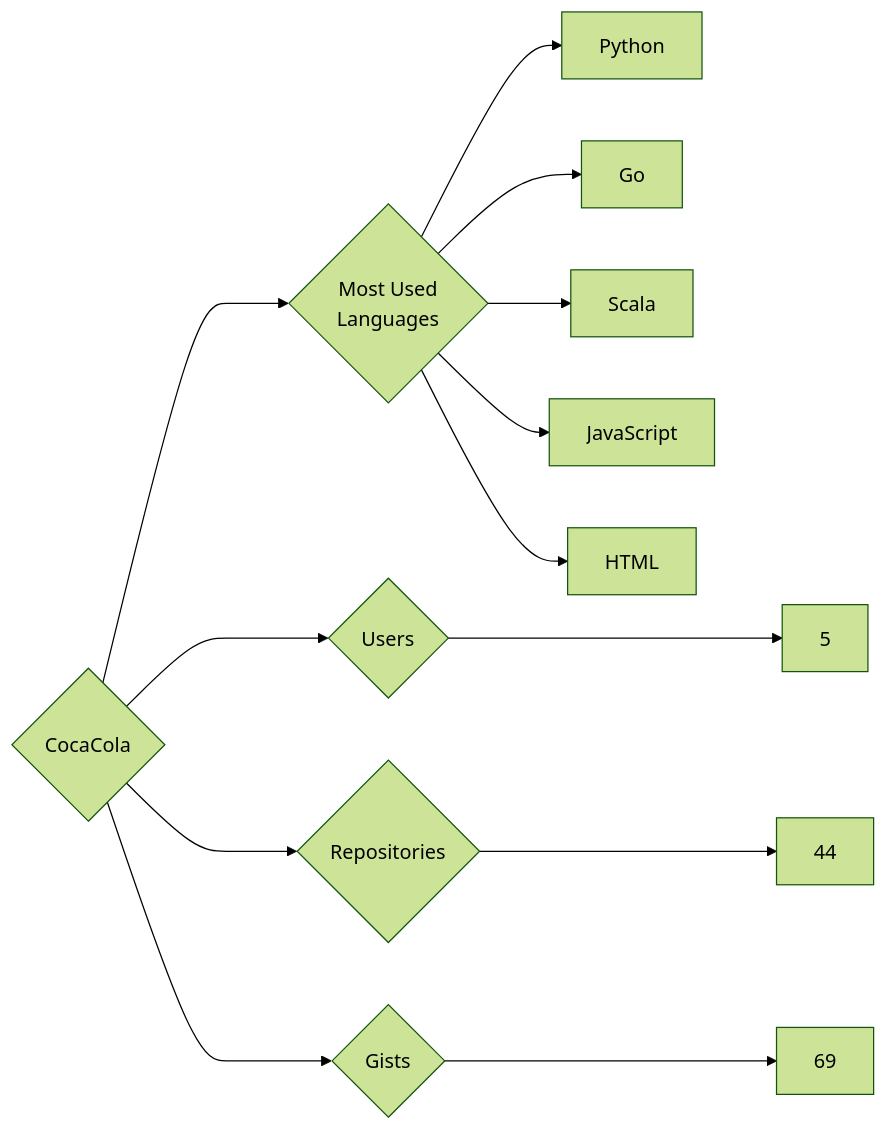
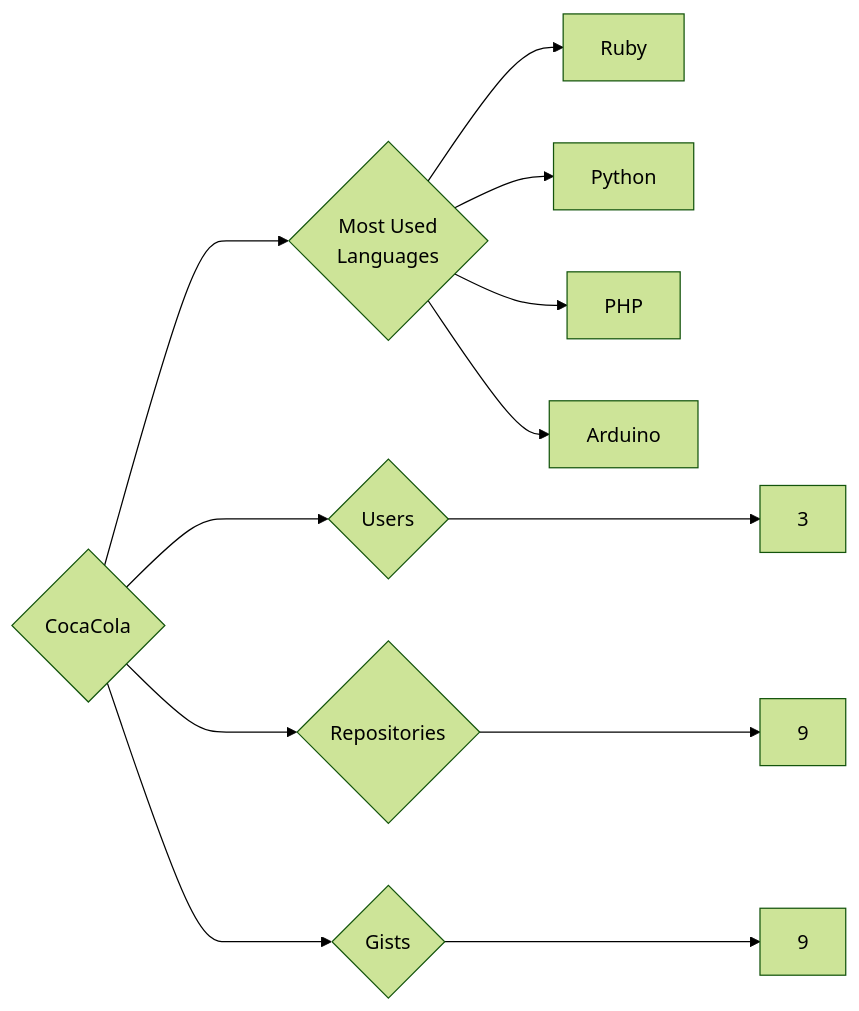
One commit to trickest/insiders changed the diagram in targets/CocaCola/README.md. Above: the diagram before and after it, drawn with Mermaid (forest theme). The commit also changed 1030 other files, not shown here.

````diff
--- a/targets/CocaCola/README.md
+++ b/targets/CocaCola/README.md
@@ -3,13 +3,12 @@
 ```mermaid
 graph LR
 COMPANY_NAME{CocaCola}
-COMPANY_NAME ---> U{Users} ---> UN[5]
-COMPANY_NAME ---> R{Repositories} ---> RN[44]
-COMPANY_NAME ---> G{Gists} ---> GN[69]
+COMPANY_NAME ---> U{Users} ---> UN[3]
+COMPANY_NAME ---> R{Repositories} ---> RN[9]
+COMPANY_NAME ---> G{Gists} ---> GN[9]
 COMPANY_NAME ---> ML{Most Used<br>Languages}
+ML --> Ruby[Ruby]
 ML --> Python[Python]
-ML --> Go[Go]
-ML --> Scala[Scala]
-ML --> JavaScript[JavaScript]
-ML --> HTML[HTML]
+ML --> PHP[PHP]
+ML --> Arduino[Arduino]
 ```
````
